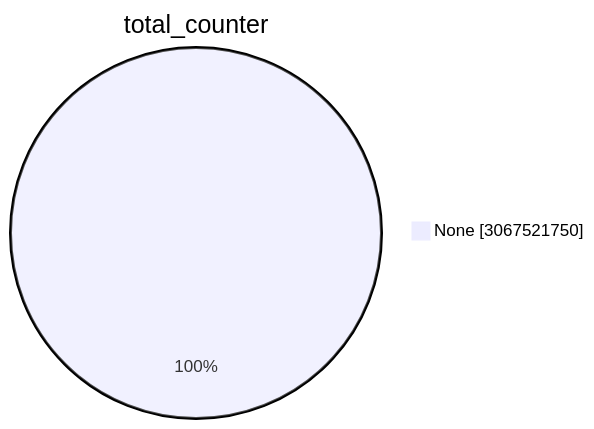
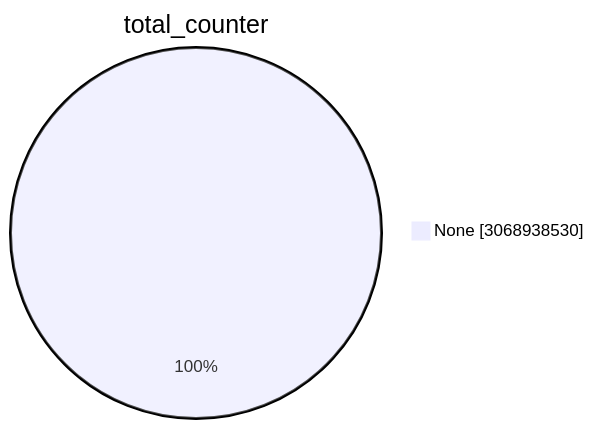
One commit to christiankrug/ctmonitor_visualization changed the first of 15 diagrams in TOTAL/README.md. Above: the diagram before and after it, drawn with Mermaid. The commit also changed other lines of this file, not shown here.

````diff
--- a/TOTAL/README.md
+++ b/TOTAL/README.md
@@ -1,5 +1,5 @@
 ```mermaid
 pie showData
 title total_counter
-"None" :3067521750
+"None" :3068938530
 ```
````
